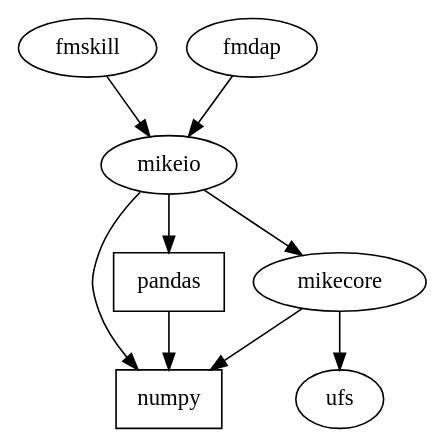
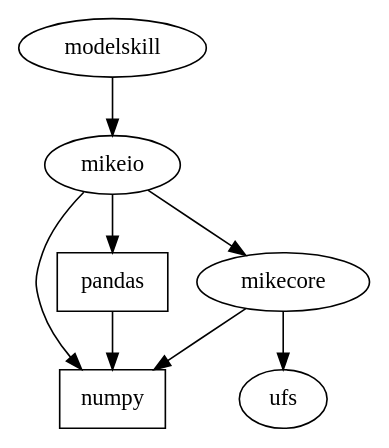
The diagram in extras/derived.dot (DHI/getting-started-with-mikeio), drawn with Graphviz before and after one commit. The commit also changed 4 other files, not shown here.

Commit message:
Update dependency diagram: remove fmdap, rename fmskill to modelskill

```diff
--- a/extras/derived.dot
+++ b/extras/derived.dot
@@ -1,16 +1,15 @@
 digraph{
 
     node [shape=box]; numpy; pandas;
-    node [shape=ellipse]; mikecore; mikeio; ufs; fmskill; fmdap
+    node [shape=ellipse]; mikecore; mikeio; ufs; modelskill
 
     mikeio -> mikecore
     mikeio -> pandas
     mikeio -> numpy
     mikecore -> ufs
     mikecore -> numpy
     pandas -> numpy
 
-    fmskill -> mikeio
-    fmdap -> mikeio
+    modelskill -> mikeio
 
 }
```
